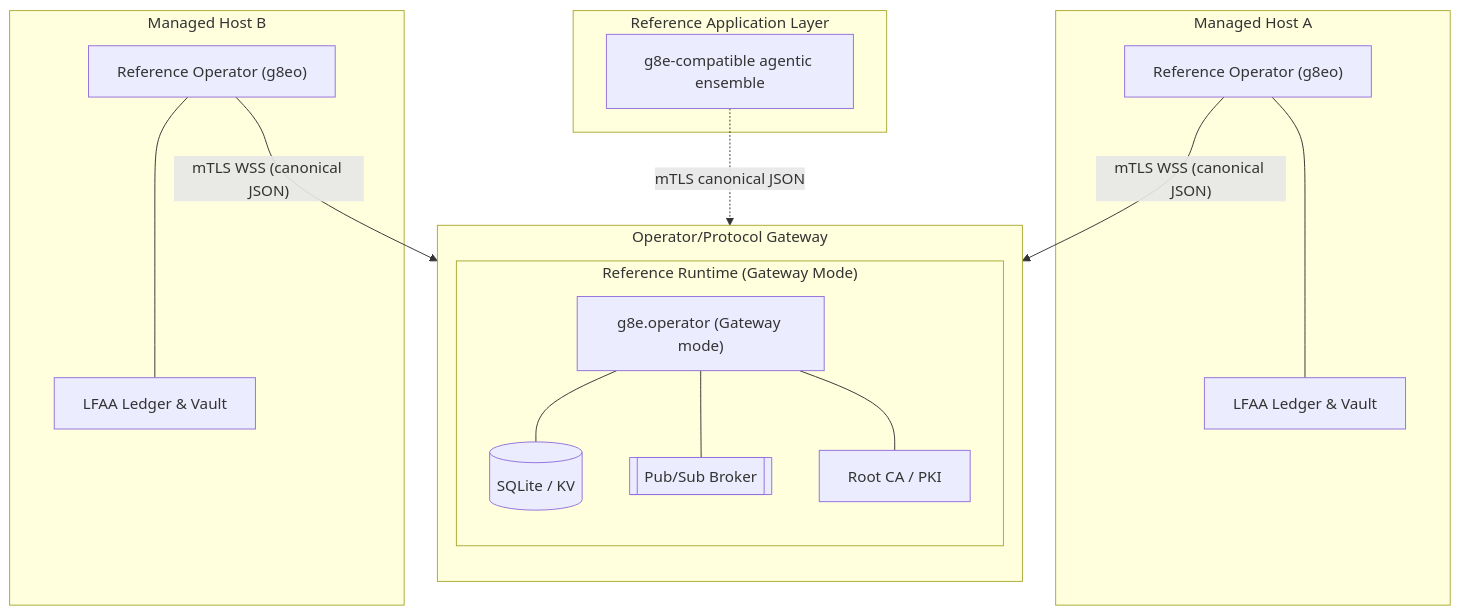
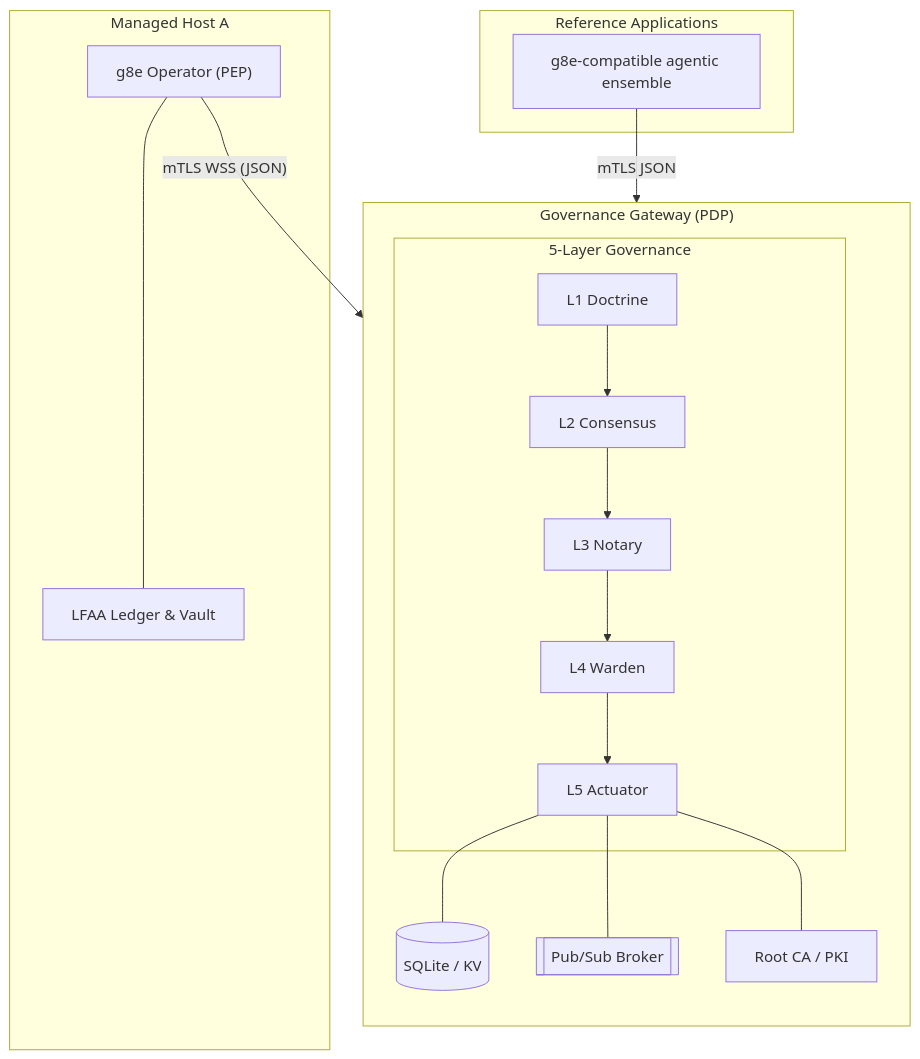
One commit to g8e-ai/g8e changed the diagram in docs/architecture/gateway.md. Above: the diagram before and after it, drawn with Mermaid. The commit also changed other lines of this file and 5 other files, not shown here.

````diff
--- a/docs/architecture/gateway.md
+++ b/docs/architecture/gateway.md
@@ -33,33 +35,34 @@
 ```mermaid
 flowchart TD
-    subgraph Hub ["Operator/Protocol Gateway"]
+    subgraph Hub ["Governance Gateway (PDP)"]
         direction TB
-        subgraph Persistence ["Reference Runtime (Gateway Mode)"]
-            listen["g8e.operator (Gateway mode)"]
-            db[("SQLite / KV")]
-            ps[["Pub/Sub Broker"]]
-            ca["Root CA / PKI"]
+        subgraph Layers ["5-Layer Governance"]
+            L1["L1 Doctrine"]
+            L2["L2 Consensus"]
+            L3["L3 Notary"]
+            L4["L4 Warden"]
+            L5["L5 Actuator"]
             
-            listen --- db
-            listen --- ps
-            listen --- ca
+            L1 --> L2 --> L3 --> L4 --> L5
         end
+        db[("SQLite / KV")]
+        ps[["Pub/Sub Broker"]]
+        ca["Root CA / PKI"]
+        
+        L5 --- db
+        L5 --- ps
+        L5 --- ca
     end
 
-    subgraph Apps ["Reference Application Layer"]
+    subgraph Apps ["Reference Applications"]
         ensemble["g8e-compatible agentic ensemble"]
     end
 
-    ensemble -. "mTLS canonical JSON" .-> listen
+    ensemble -- "mTLS JSON" --> L1
 
-    subgraph EP_A ["Managed Host A"]
-        g8eoA["Reference Operator (g8eo)"] --- LFAA_A["LFAA Ledger & Vault"]
+    subgraph Host_A ["Managed Host A"]
+        g8eoA["g8e Operator (PEP)"] --- LFAA_A["LFAA Ledger & Vault"]
     end
 
-    subgraph EP_B ["Managed Host B"]
-        g8eoB["Reference Operator (g8eo)"] --- LFAA_B["LFAA Ledger & Vault"]
-    end
-
-    g8eoA -- "mTLS WSS (canonical JSON)" --> listen
-    g8eoB -- "mTLS WSS (canonical JSON)" --> listen
+    g8eoA -- "mTLS WSS (JSON)" --> ps
 ```
````
